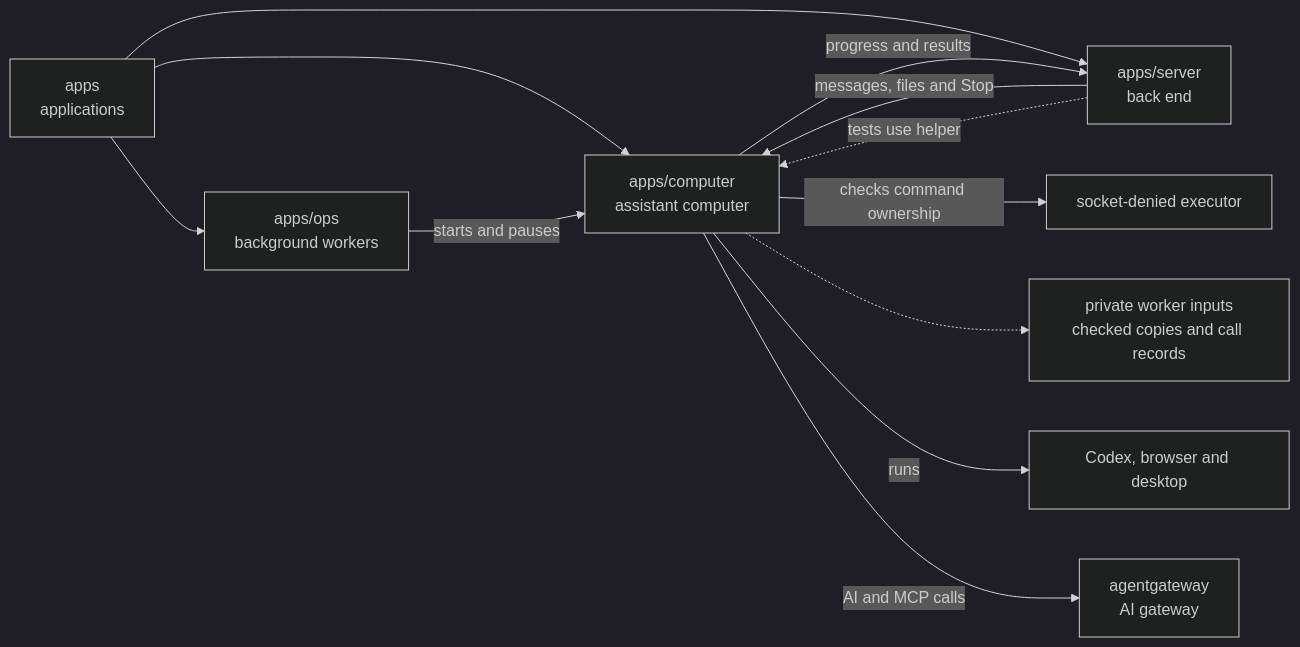
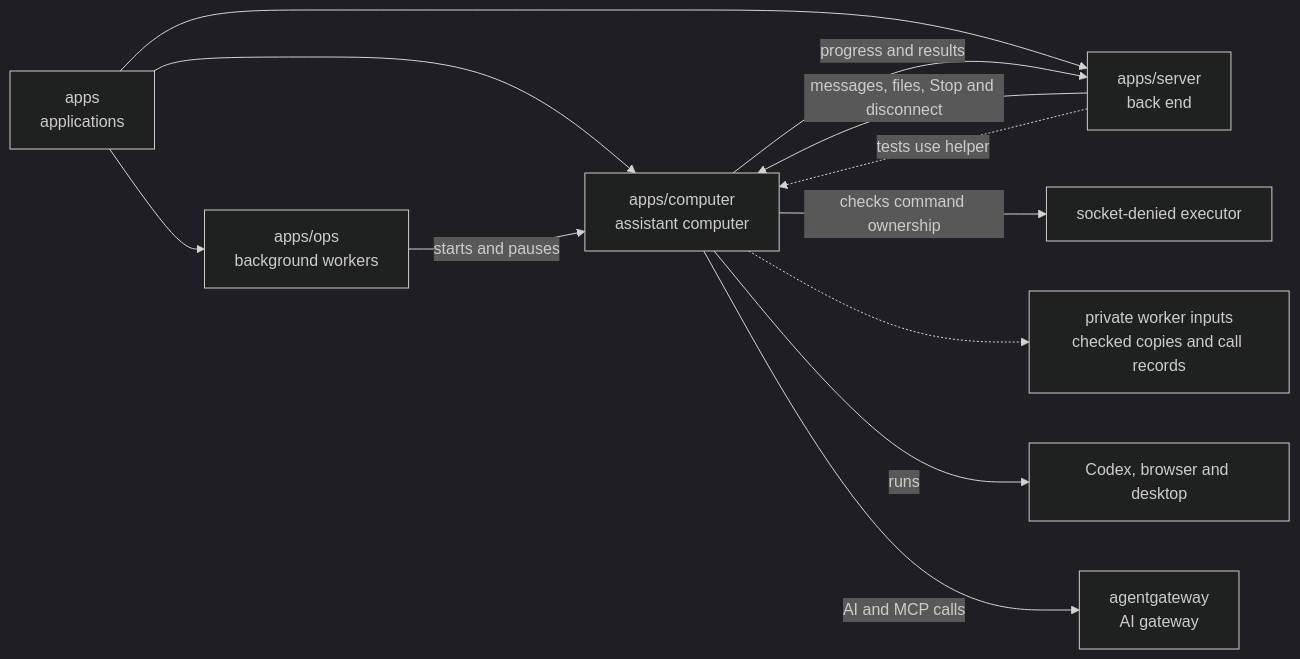
Before and after one commit to elewa-git/opencrane-new: the diagram in apps/computer/README.md, drawn with Mermaid (dark theme). The commit also changed other lines of this file and 5 other files, not shown here.

````diff
--- a/apps/computer/README.md
+++ b/apps/computer/README.md
@@ -16,14 +16,14 @@
 ```mermaid
 flowchart LR
   apps["apps<br/>applications"] --> computer["apps/computer<br/>assistant computer"]
   apps --> ops["apps/ops<br/>background workers"]
   apps --> server["apps/server<br/>back end"]
   ops -->|starts and pauses| computer
-  server -->|messages, files and Stop| computer
+  server -->|messages, files, Stop and disconnect| computer
   server -.->|tests use helper| computer
   computer -->|progress and results| server
   computer -->|checks command ownership| executor["socket-denied executor"]
   computer -.-> registrations["private worker inputs<br/>checked copies and call records"]
   computer -->|runs| desktop["Codex, browser and desktop"]
   computer -->|AI and MCP calls| gateway["agentgateway<br/>AI gateway"]
 ```
````
